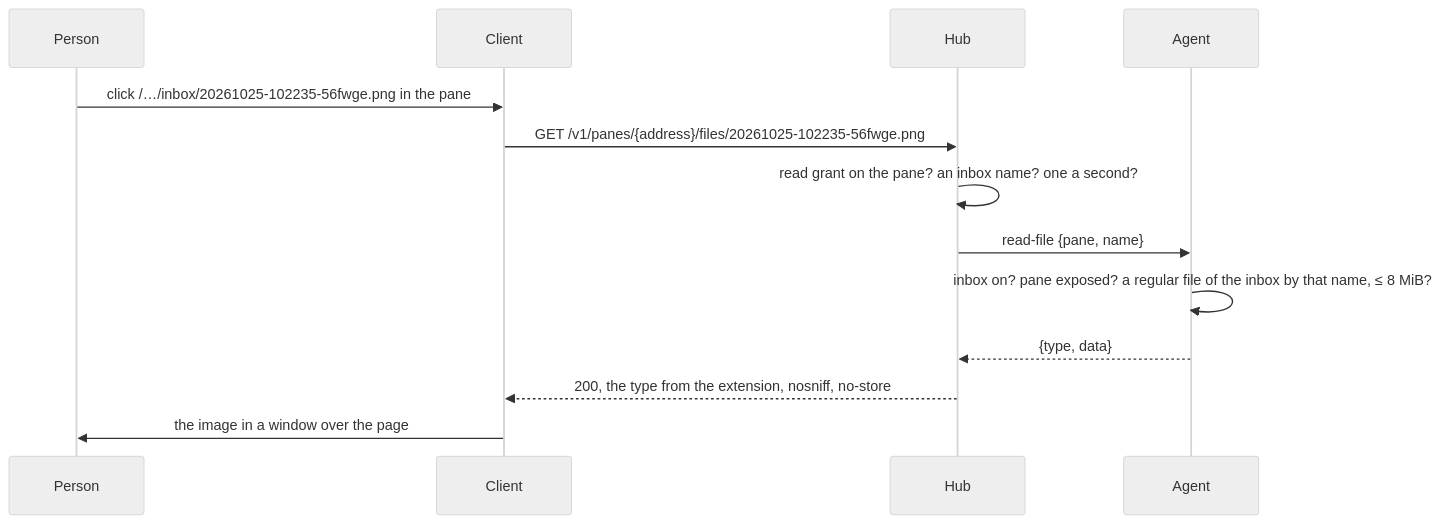
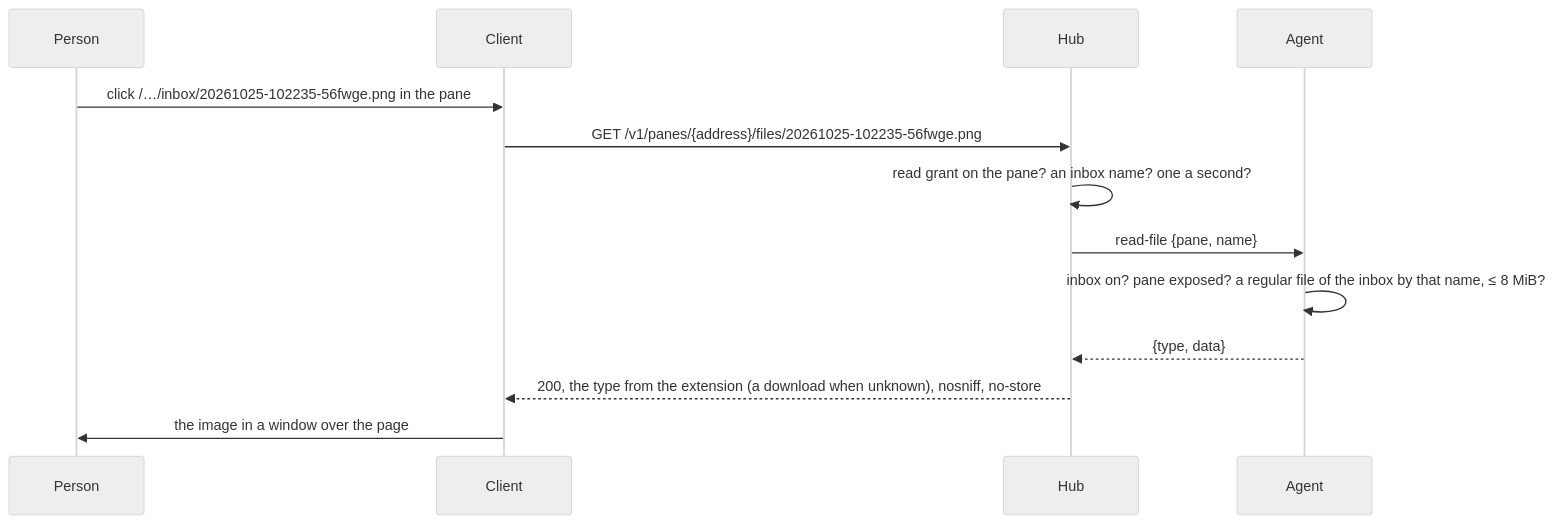
One commit to notmarkopadjen/muxway changed the second of 2 diagrams in docs/features/attachments.md. Above: the diagram before and after it, drawn with Mermaid (neutral theme). The commit also changed other lines of this file and 20 other files, not shown here.

````diff
--- a/docs/features/attachments.md
+++ b/docs/features/attachments.md
@@ -88,15 +95,15 @@
 ```mermaid
 sequenceDiagram
     participant P as Person
     participant C as Client
     participant H as Hub
     participant A as Agent
     P->>C: click /…/inbox/20261025-102235-56fwge.png in the pane
     C->>H: GET /v1/panes/{address}/files/20261025-102235-56fwge.png
     H->>H: read grant on the pane? an inbox name? one a second?
     H->>A: read-file {pane, name}
     A->>A: inbox on? pane exposed? a regular file of the inbox by that name, ≤ 8 MiB?
     A-->>H: {type, data}
-    H-->>C: 200, the type from the extension, nosniff, no-store
+    H-->>C: 200, the type from the extension (a download when unknown), nosniff, no-store
     C->>P: the image in a window over the page
 ```
````
